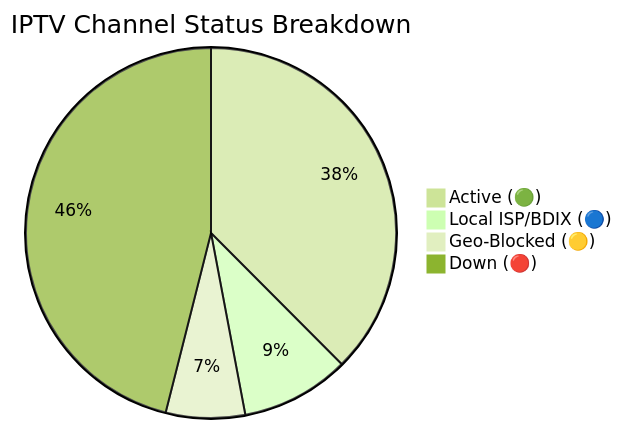
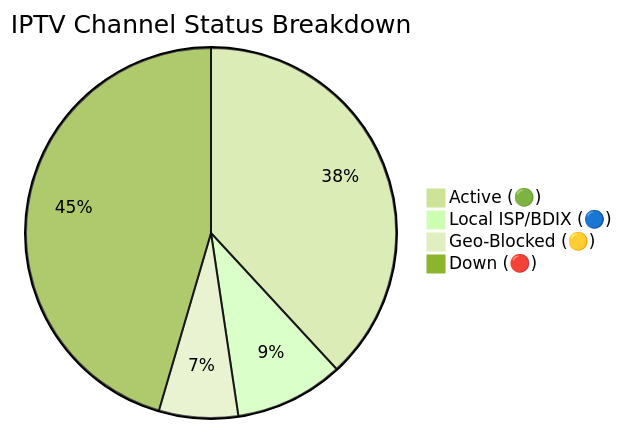
Before and after one commit to Zaman-Topu/Ip-tv-Collection: the diagram in README.md, drawn with Mermaid (forest theme). The commit also changed other lines of this file and 1 other file, not shown here.

Commit message:
docs(readme): auto-update daily channel status chart

````diff
--- a/README.md
+++ b/README.md
@@ -59,7 +59,7 @@
 ```mermaid
 pie title IPTV Channel Status Breakdown
-    "Active (🟢)" : 3031
+    "Active (🟢)" : 3080
     "Local ISP/BDIX (🔵)" : 767
     "Geo-Blocked (🟡)" : 558
-    "Down (🔴)" : 3720
+    "Down (🔴)" : 3671
 ```
````
